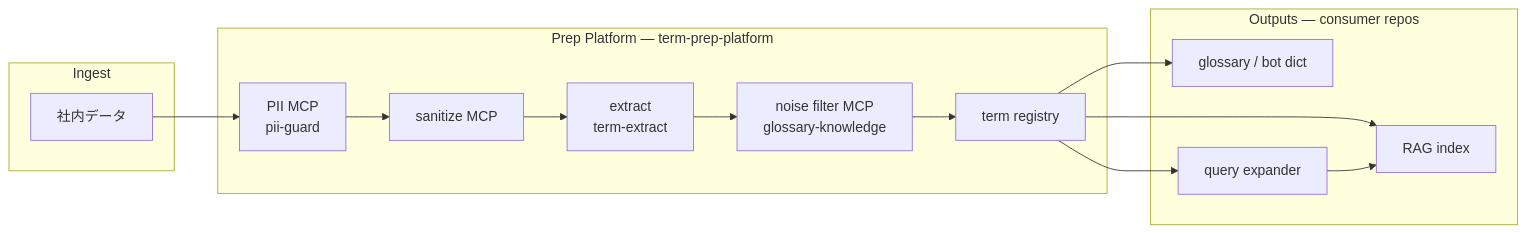
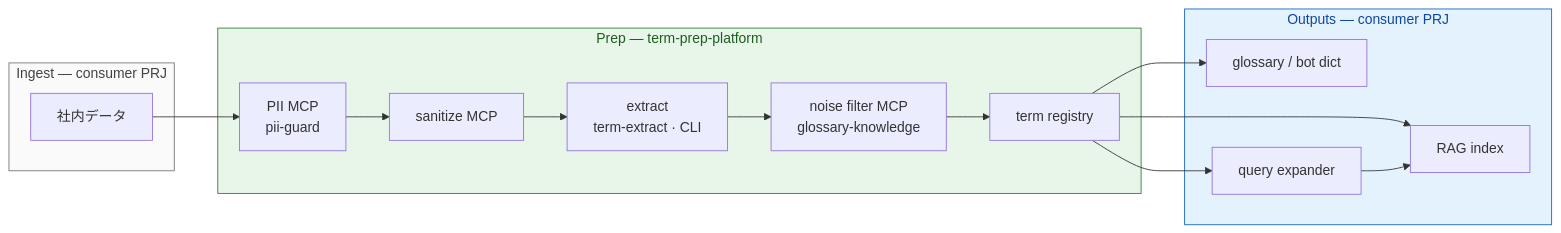
The fourth of 4 diagrams in docs/ARCHITECTURE.md (wombat2006/term-prep-platform), drawn with Mermaid before and after one commit. The commit also changed other lines of this file and 8 other files, not shown here.

First line of the commit message:
docs: document platform scope and update UML diagrams

````diff
--- a/docs/ARCHITECTURE.md
+++ b/docs/ARCHITECTURE.md
@@ -7,23 +112,27 @@
 ```mermaid
 flowchart LR
-  subgraph ingest [Ingest]
+  subgraph ingest ["Ingest — consumer PRJ"]
     D[社内データ]
   end
-  subgraph prep [Prep Platform — term-prep-platform]
+  subgraph prep ["Prep — term-prep-platform"]
     PII[PII MCP<br/>pii-guard]
     SAN[sanitize MCP]
-    EXT[extract<br/>term-extract]
+    EXT[extract<br/>term-extract · CLI]
     NF[noise filter MCP<br/>glossary-knowledge]
     REG[term registry]
   end
-  subgraph out [Outputs — consumer repos]
+  subgraph out ["Outputs — consumer PRJ"]
     RAG[RAG index]
     GLO[glossary / bot dict]
     QX[query expander]
   end
   D --> PII --> SAN --> EXT --> NF --> REG
   REG --> RAG
   REG --> GLO
   REG --> QX
   QX --> RAG
+
+  style prep fill:#e8f5e9,stroke:#2e7d32,color:#1b5e20
+  style out fill:#e3f2fd,stroke:#1565c0,color:#0d47a1
+  style ingest fill:#fafafa,stroke:#757575,color:#424242
 ```
````
